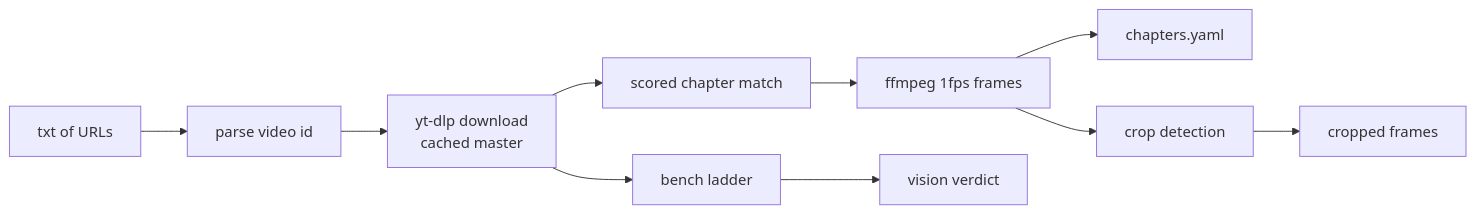
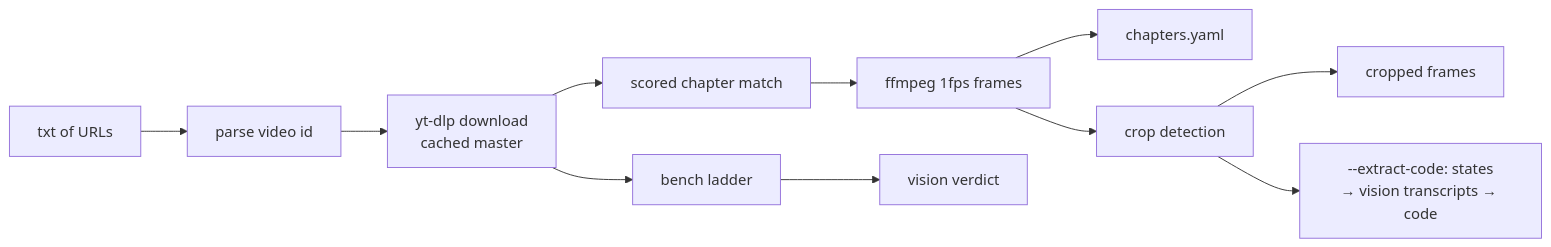
One commit to DeanT-04/yt-frame-disection-visionSKILL changed the diagram in README.md. Above: the diagram before and after it, drawn with Mermaid. The commit also changed other lines of this file and 11 other files, not shown here.

First line of the commit message:
Add --extract-code video-to-source reconstruction pipeline

````diff
--- a/README.md
+++ b/README.md
@@ -86,12 +101,13 @@
 ```mermaid
 flowchart LR
   A[txt of URLs] --> B[parse video id]
   B --> C[yt-dlp download<br/>cached master]
   C --> D[scored chapter match]
   D --> E[ffmpeg 1fps frames]
   E --> F[chapters.yaml]
   E --> G[crop detection]
   G --> H[cropped frames]
   C --> I[bench ladder]
   I --> J[vision verdict]
+  G --> K[--extract-code: states<br/>→ vision transcripts → code]
 ```
````
